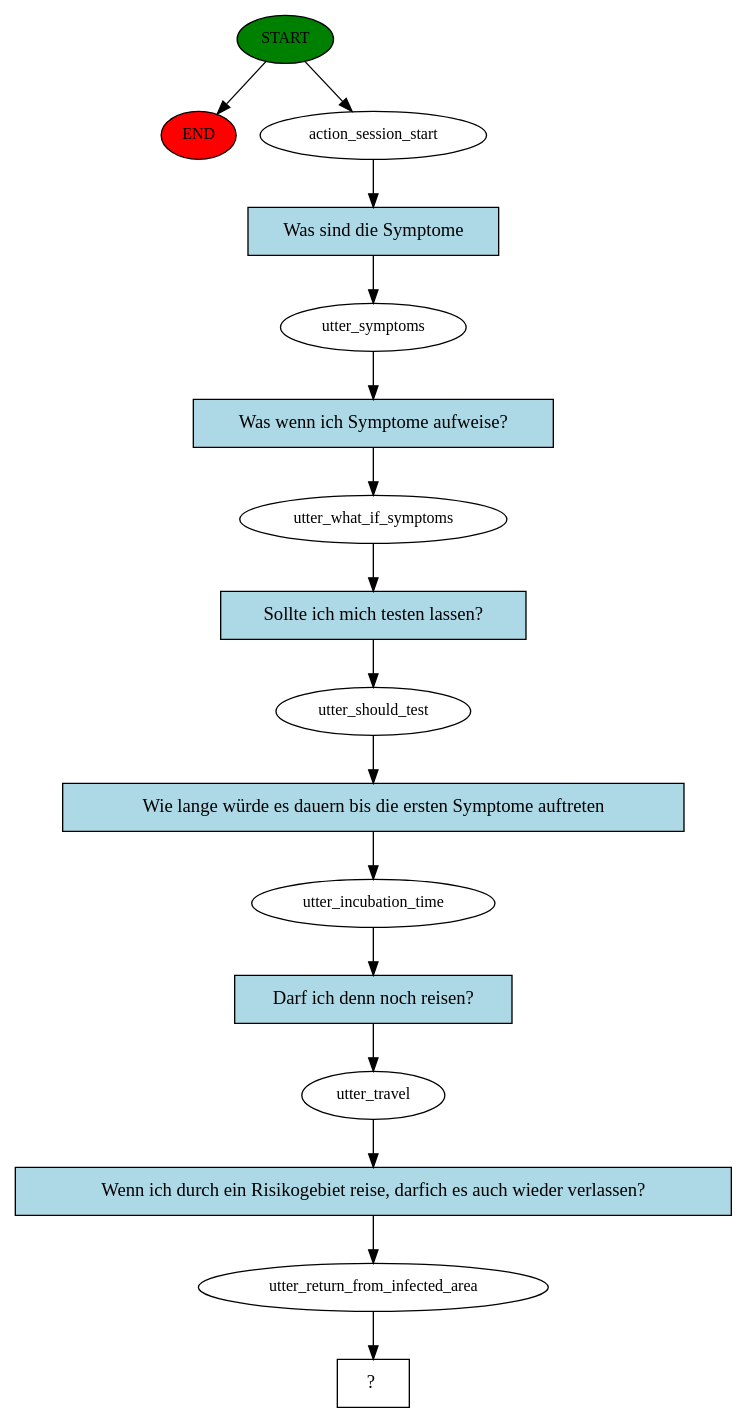
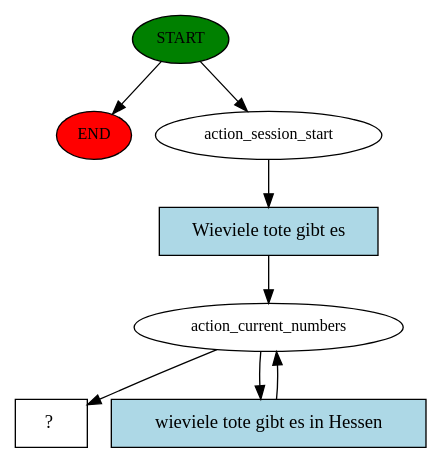
Before and after one commit to CoronaBibliothekar/CoronaBibliothekar: the diagram in story_graph.dot, drawn with Graphviz. The commit also changed 1 other file, not shown here.

Commit message:
action bugfix

```diff
--- a/story_graph.dot
+++ b/story_graph.dot
@@ -1,33 +1,16 @@
 digraph  {
 0 [class="start active", fillcolor=green, fontsize=12, label=START, style=filled];
 "-1" [class=end, fillcolor=red, fontsize=12, label=END, style=filled];
 1 [class=active, fontsize=12, label=action_session_start];
-2 [class=active, fontsize=12, label=utter_symptoms];
-3 [class=active, fontsize=12, label=utter_what_if_symptoms];
-4 [class=active, fontsize=12, label=utter_should_test];
-5 [class=active, fontsize=12, label=utter_incubation_time];
-6 [class=active, fontsize=12, label=utter_travel];
-7 [class=active, fontsize=12, label=utter_return_from_infected_area];
-8 [class="intent dashed active", label="  ?  ", shape=rect];
-9 [class="intent active", fillcolor=lightblue, label="Was sind die Symptome", shape=rect, style=filled];
-10 [class="intent active", fillcolor=lightblue, label="Was wenn ich Symptome aufweise?", shape=rect, style=filled];
-11 [class="intent active", fillcolor=lightblue, label="Sollte ich mich testen lassen?", shape=rect, style=filled];
-12 [class="intent active", fillcolor=lightblue, label="Wie lange würde es dauern bis die ersten Symptome auftreten", shape=rect, style=filled];
-13 [class="intent active", fillcolor=lightblue, label="Darf ich denn noch reisen?", shape=rect, style=filled];
-14 [class="intent active", fillcolor=lightblue, label="Wenn ich durch ein Risikogebiet reise, darfich es auch wieder verlassen?", shape=rect, style=filled];
+2 [class=active, fontsize=12, label=action_current_numbers];
+4 [class="intent dashed active", label="  ?  ", shape=rect];
+5 [class="intent active", fillcolor=lightblue, label="Wieviele tote gibt es", shape=rect, style=filled];
+6 [class="intent active", fillcolor=lightblue, label="wieviele tote gibt es in Hessen", shape=rect, style=filled];
 0 -> "-1"  [class="", key=NONE, label=""];
 0 -> 1  [class=active, key=NONE, label=""];
-1 -> 9  [class=active, key=0];
-2 -> 10  [class=active, key=0];
-3 -> 11  [class=active, key=0];
-4 -> 12  [class=active, key=0];
-5 -> 13  [class=active, key=0];
-6 -> 14  [class=active, key=0];
-7 -> 8  [class=active, key=NONE, label=""];
-9 -> 2  [class=active, key=0];
-10 -> 3  [class=active, key=0];
-11 -> 4  [class=active, key=0];
-12 -> 5  [class=active, key=0];
-13 -> 6  [class=active, key=0];
-14 -> 7  [class=active, key=0];
+1 -> 5  [class=active, key=0];
+2 -> 4  [class=active, key=NONE, label=""];
+2 -> 6  [class=active, key=0];
+5 -> 2  [class=active, key=0];
+6 -> 2  [class=active, key=0];
 }
```
